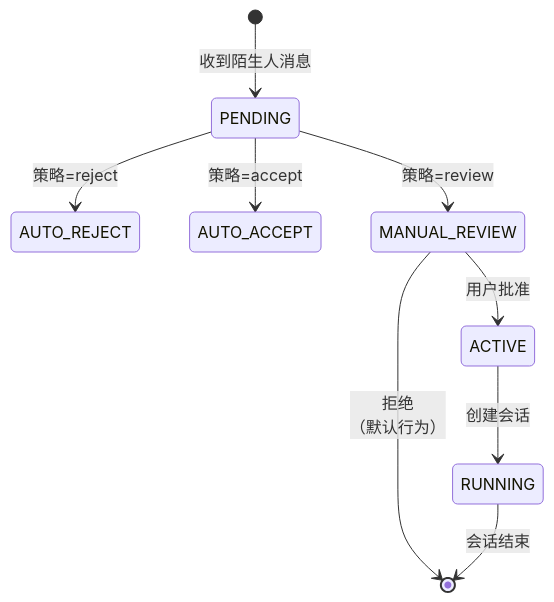
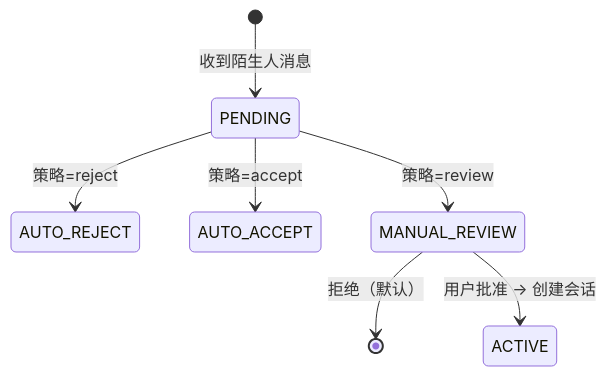
Before and after one commit to caicongyang/bloger: diagram 12 of 19 in openclaw/FAQ.md, drawn with Mermaid. The commit also changed other lines of this file and 13 other files, not shown here.

````diff
--- a/openclaw/FAQ.md
+++ b/openclaw/FAQ.md
@@ -907,14 +629,9 @@
 ```mermaid
 stateDiagram-v2
     [*] --> PENDING: 收到陌生人消息
-    
     PENDING --> AUTO_REJECT: 策略=reject
     PENDING --> AUTO_ACCEPT: 策略=accept
     PENDING --> MANUAL_REVIEW: 策略=review
-    
-    MANUAL_REVIEW --> [*]: 拒绝<br/>（默认行为）
-    MANUAL_REVIEW --> ACTIVE: 用户批准
-    
-    ACTIVE --> RUNNING: 创建会话
-    RUNNING --> [*]: 会话结束
+    MANUAL_REVIEW --> [*]: 拒绝（默认）
+    MANUAL_REVIEW --> ACTIVE: 用户批准 → 创建会话
 ```
````
